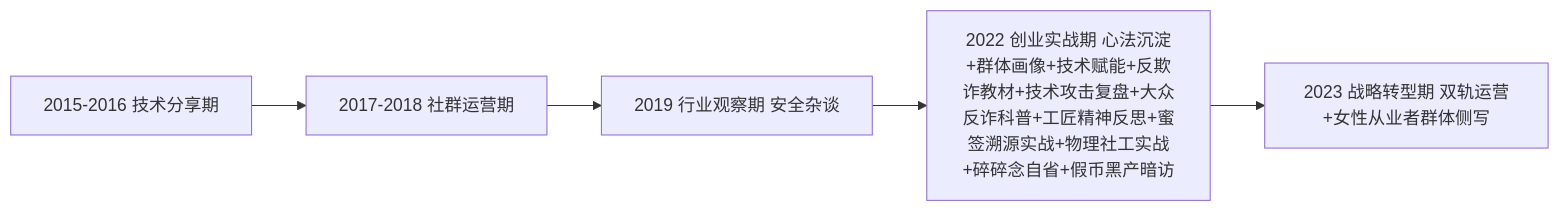
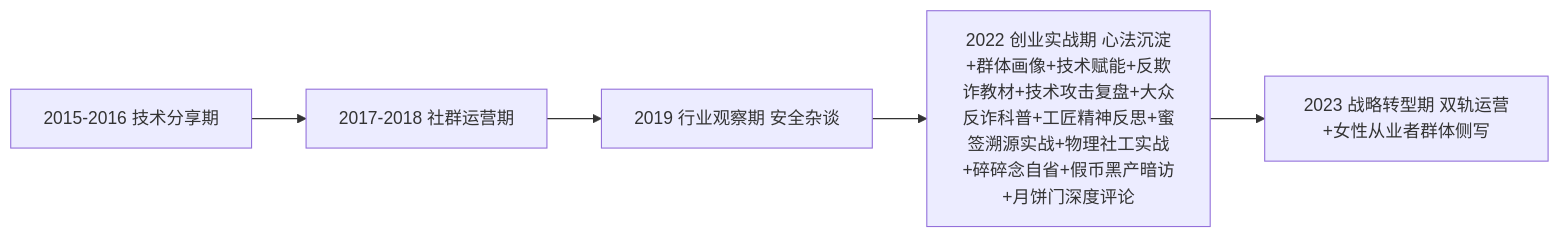
The diagram in pages/301-zai-lushang-wechat-archive-201508-202208.md (OpenDocCN1/sec-llm-wiki), drawn with Mermaid before and after one commit. The commit also changed other lines of this file, not shown here.

````diff
--- a/pages/301-zai-lushang-wechat-archive-201508-202208.md
+++ b/pages/301-zai-lushang-wechat-archive-201508-202208.md
@@ -547,7 +593,7 @@
 ```mermaid
 graph LR
 A[2015-2016 技术分享期] --> B[2017-2018 社群运营期]
 B --> C[2019 行业观察期 安全杂谈]
-C --> D[2022 创业实战期 心法沉淀+群体画像+技术赋能+反欺诈教材+技术攻击复盘+大众反诈科普+工匠精神反思+蜜签溯源实战+物理社工实战+碎碎念自省+假币黑产暗访]
+C --> D[2022 创业实战期 心法沉淀+群体画像+技术赋能+反欺诈教材+技术攻击复盘+大众反诈科普+工匠精神反思+蜜签溯源实战+物理社工实战+碎碎念自省+假币黑产暗访+月饼门深度评论]
 D --> E[2023 战略转型期 双轨运营+女性从业者群体侧写]
 ```
````
